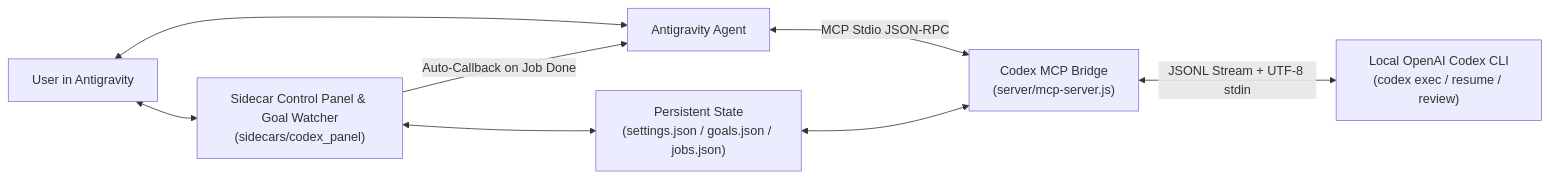
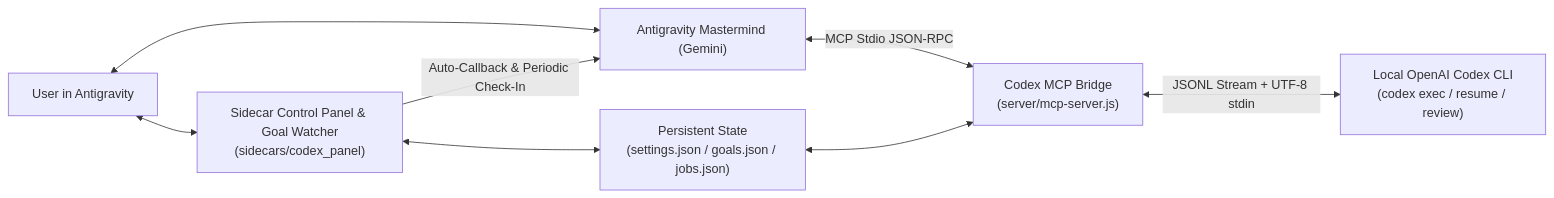
One commit to yeyuhants-prog/codex-bridge changed the diagram in README.md. Above: the diagram before and after it, drawn with Mermaid. The commit also changed other lines of this file and 5 other files, not shown here.

````diff
--- a/README.md
+++ b/README.md
@@ -55,10 +136,10 @@
 ```mermaid
 flowchart LR
-  User["User in Antigravity"] <--> Agent["Antigravity Agent"]
+  User["User in Antigravity"] <--> Agent["Antigravity Mastermind (Gemini)"]
   User <--> Panel["Sidecar Control Panel & Goal Watcher<br/>(sidecars/codex_panel)"]
-  Panel -->|Auto-Callback on Job Done| Agent
+  Panel -->|Auto-Callback & Periodic Check-In| Agent
   Panel <--> Store["Persistent State<br/>(settings.json / goals.json / jobs.json)"]
   Agent <-->|MCP Stdio JSON-RPC| Server["Codex MCP Bridge<br/>(server/mcp-server.js)"]
   Store <--> Server
   Server <-->|JSONL Stream + UTF-8 stdin| Codex["Local OpenAI Codex CLI<br/>(codex exec / resume / review)"]
 ```
````
